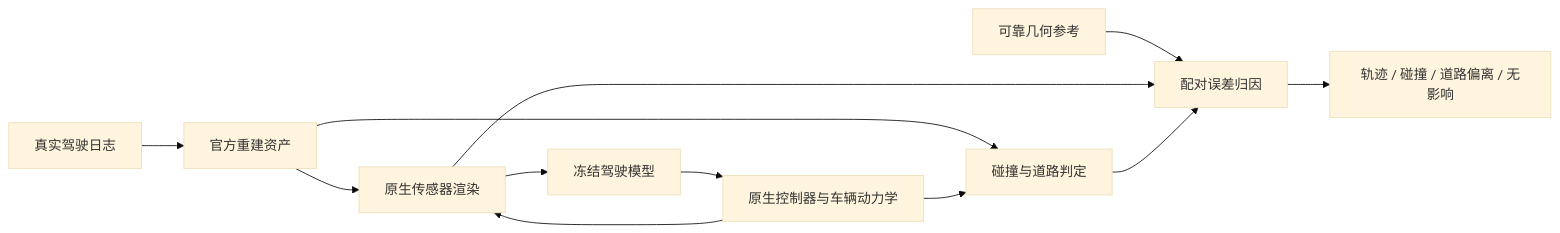
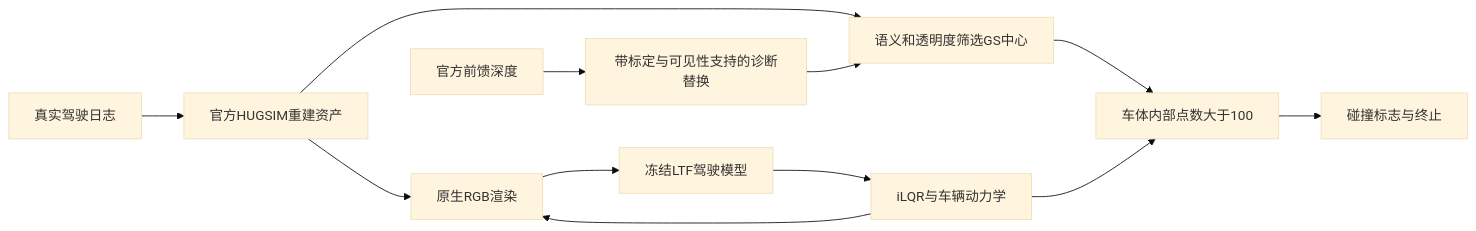
The diagram in docs/WORLDSIM_SIMULATION_IMPACT.md (yunlongdeng123/Motion-Proj), drawn with Mermaid (base theme) before and after one commit. The commit also changed other lines of this file and 43 other files, not shown here.

````diff
--- a/docs/WORLDSIM_SIMULATION_IMPACT.md
+++ b/docs/WORLDSIM_SIMULATION_IMPACT.md
@@ -7,14 +9,14 @@
 ```mermaid
 flowchart LR
-  A[真实驾驶日志] --> B[官方重建资产]
-  B --> C[原生传感器渲染]
-  C --> D[冻结驾驶模型]
-  D --> E[原生控制器与车辆动力学]
+  A[真实驾驶日志] --> B[官方HUGSIM重建资产]
+  B --> C[原生RGB渲染]
+  C --> D[冻结LTF驾驶模型]
+  D --> E[iLQR与车辆动力学]
   E --> C
-  B --> F[碰撞与道路判定]
-  E --> F
-  G[可靠几何参考] --> H[配对误差归因]
-  C --> H
-  F --> H
-  H --> I[轨迹 / 碰撞 / 道路偏离 / 无影响]
+  B --> F[语义和透明度筛选GS中心]
+  F --> G[车体内部点数大于100]
+  E --> G
+  G --> H[碰撞标志与终止]
+  I[官方前馈深度] --> J[带标定与可见性支持的诊断替换]
+  J --> F
 ```
````
